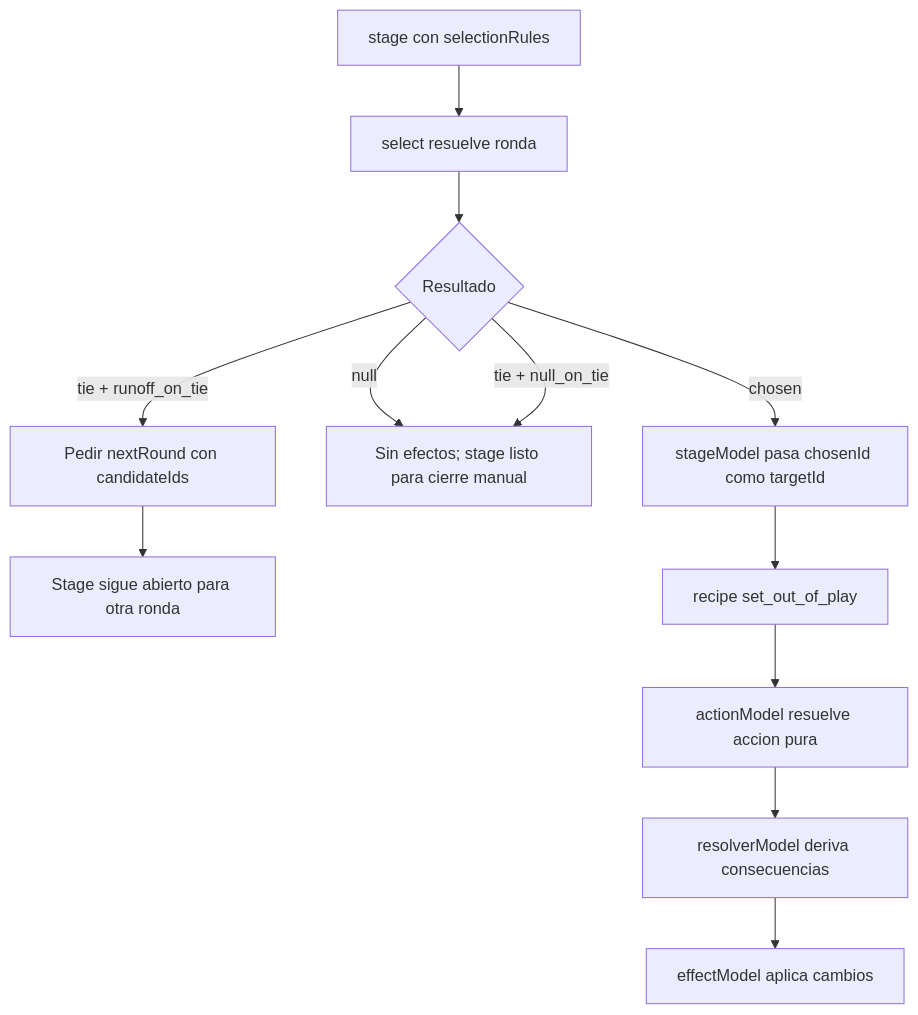
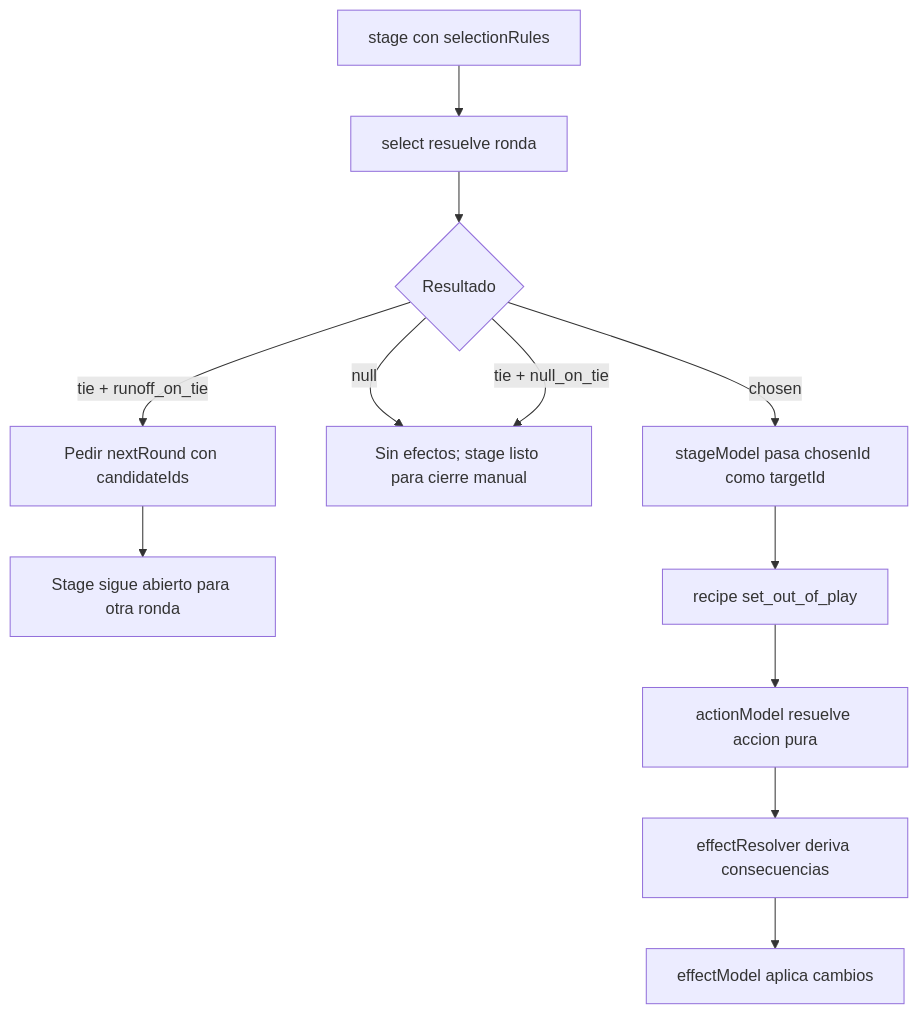
One commit to juanramonmorandeira/castronegro-director changed diagram 14 of 14 in docs/engine_flow_map.md. Above: the diagram before and after it, drawn with Mermaid. The commit also changed other lines of this file and 53 other files, not shown here.

Commit message:
Refine domain inter-pool queue architecture

````diff
--- a/docs/engine_flow_map.md
+++ b/docs/engine_flow_map.md
@@ -799,14 +799,14 @@
 ```mermaid
 flowchart TD
   A[stage con selectionRules] --> B[select resuelve ronda]
   B --> C{Resultado}
   C -->|chosen| E[stageModel pasa chosenId como targetId]
   C -->|null| D[Sin efectos; stage listo para cierre manual]
   C -->|tie + null_on_tie| D
   C -->|tie + runoff_on_tie| R[Pedir nextRound con candidateIds]
   R --> S[Stage sigue abierto para otra ronda]
   E --> F[recipe set_out_of_play]
   F --> G[actionModel resuelve accion pura]
-  G --> H[resolverModel deriva consecuencias]
+  G --> H[effectResolver deriva consecuencias]
   H --> I[effectModel aplica cambios]
 ```
````
